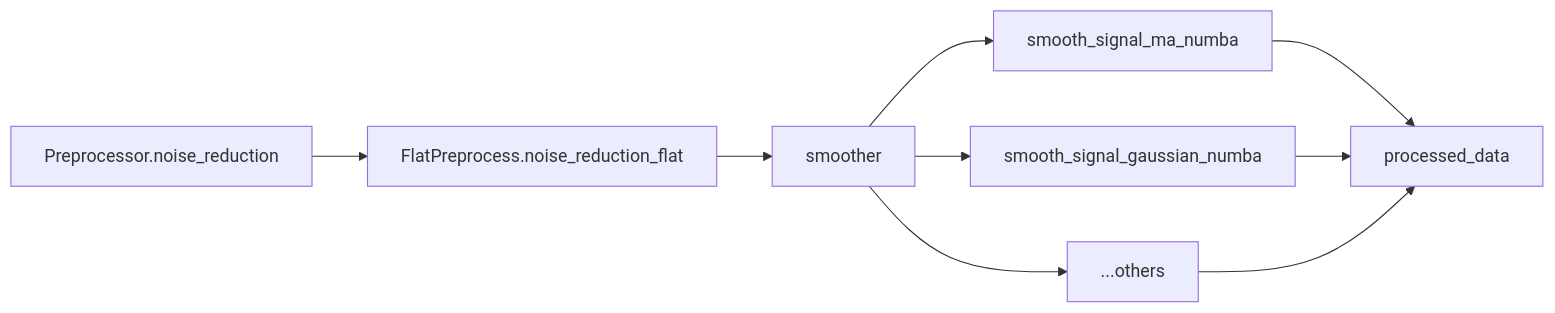
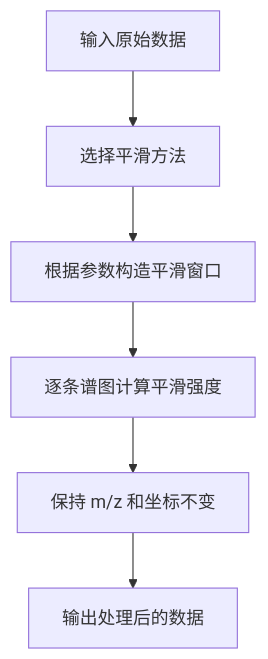
The diagram in docs/zh/noise_reduction.md (NeoNexusX/MassFlow), drawn with Mermaid before and after one commit. The commit also changed other lines of this file and 15 other files, not shown here.

````diff
--- a/docs/zh/noise_reduction.md
+++ b/docs/zh/noise_reduction.md
@@ -20,11 +96,8 @@
 ```mermaid
-graph LR
-  A["Preprocessor.noise_reduction"] --> B["FlatPreprocess.noise_reduction_flat"]
-  B --> C["smoother"]
-  C --> D["smooth_signal_ma_numba"]
-  C --> E["smooth_signal_gaussian_numba"]
-  C --> F["...others"]
-  D --> G["processed_data"]
-  E --> G
-  F --> G
+graph TD
+  A["输入原始数据"] --> B["选择平滑方法"]
+  B --> C["根据参数构造平滑窗口"]
+  C --> D["逐条谱图计算平滑强度"]
+  D --> E["保持 m/z 和坐标不变"]
+  E --> F["输出处理后的数据"]
 ```
````
